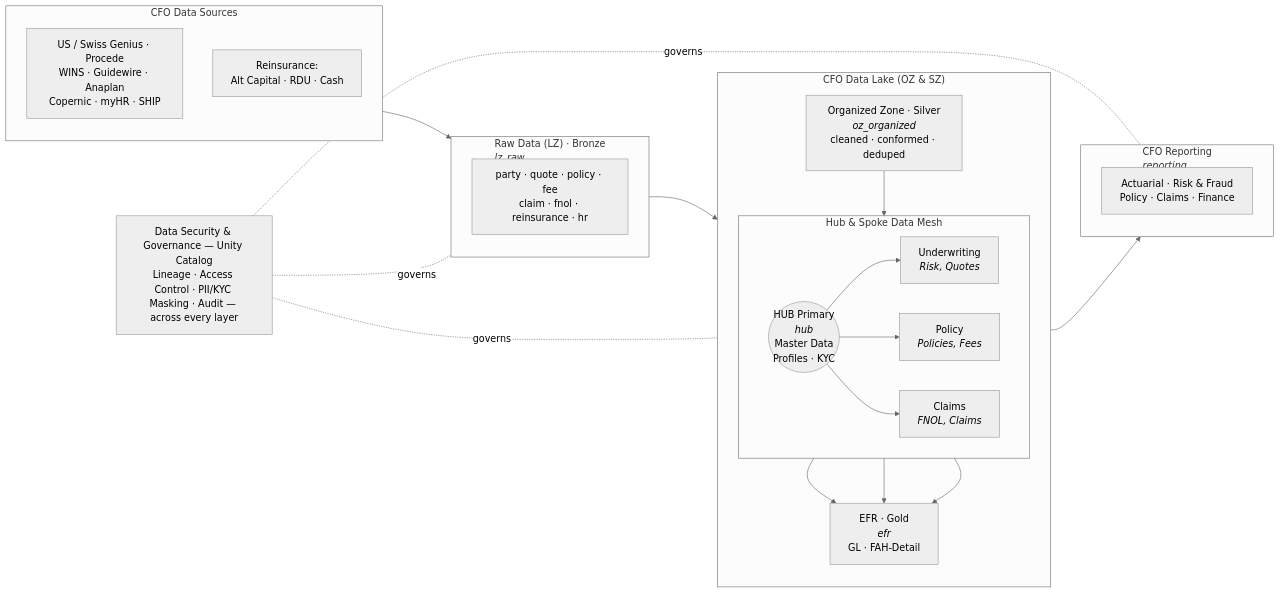
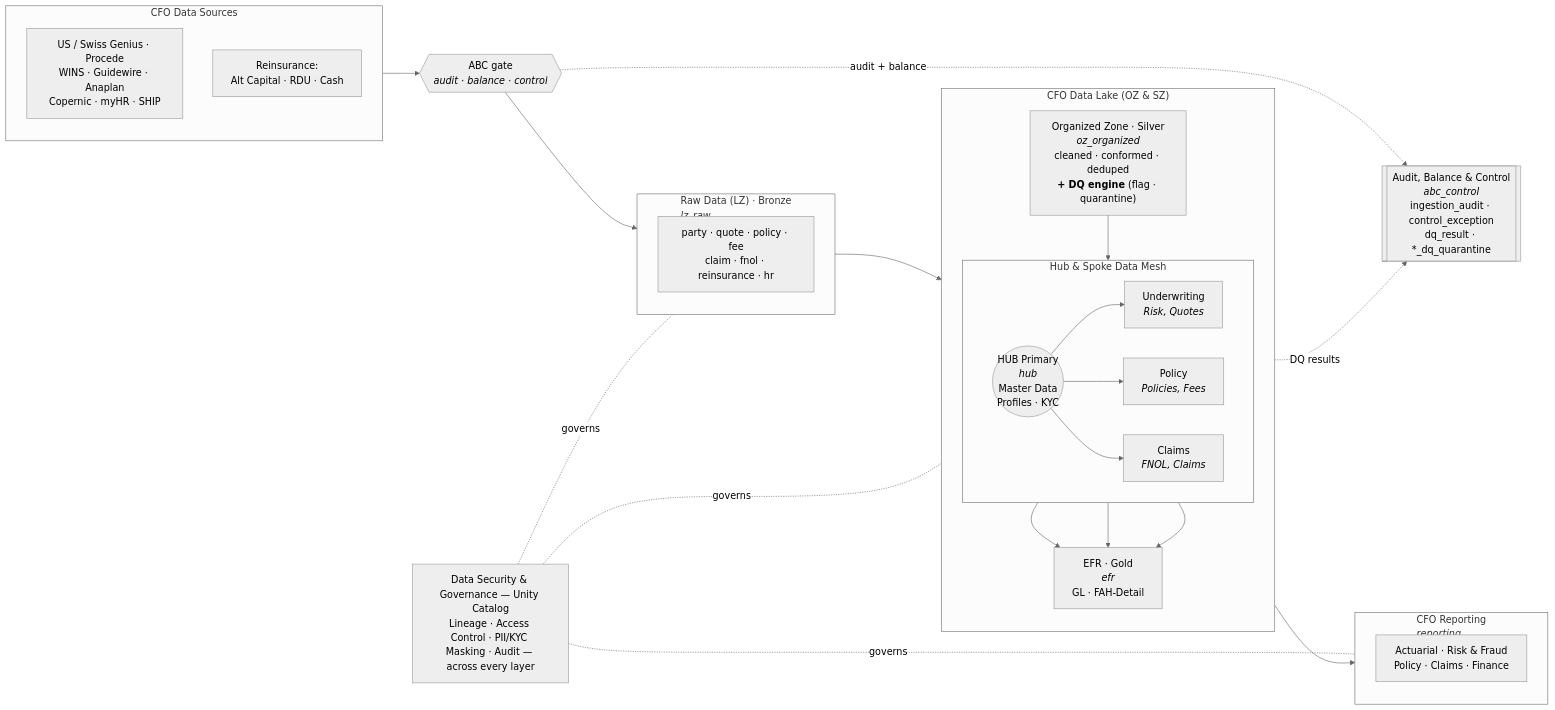
The diagram in README.md (saswata30/cfo_data_hub), drawn with Mermaid (neutral theme) before and after one commit. The commit also changed other lines of this file and 9 other files, not shown here.

First line of the commit message:
Add ABC framework (Source→Raw) and Silver Data Quality engine

````diff
--- a/README.md
+++ b/README.md
@@ -19,37 +23,43 @@
 ```mermaid
 flowchart LR
   subgraph SRC["CFO Data Sources"]
     direction TB
     S1["US / Swiss Genius · Procede<br/>WINS · Guidewire · Anaplan<br/>Copernic · myHR · SHIP"]
     S2["Reinsurance:<br/>Alt Capital · RDU · Cash"]
   end
 
+  ABCGATE{{"ABC gate<br/><i>audit · balance · control</i>"}}
+
   subgraph LZ["Raw Data (LZ) · Bronze<br/><i>lz_raw</i>"]
     B["party · quote · policy · fee<br/>claim · fnol · reinsurance · hr"]
   end
 
   subgraph LAKE["CFO Data Lake (OZ & SZ)"]
     direction TB
-    OZ["Organized Zone · Silver<br/><i>oz_organized</i><br/>cleaned · conformed · deduped"]
+    OZ["Organized Zone · Silver<br/><i>oz_organized</i><br/>cleaned · conformed · deduped<br/><b>+ DQ engine</b> (flag · quarantine)"]
     subgraph MESH["Hub & Spoke Data Mesh"]
       direction LR
       HUB(("HUB Primary<br/><i>hub</i><br/>Master Data<br/>Profiles · KYC"))
       UW["Underwriting<br/><i>Risk, Quotes</i>"]
       POL["Policy<br/><i>Policies, Fees</i>"]
       CLM["Claims<br/><i>FNOL, Claims</i>"]
     end
     EFR["EFR · Gold<br/><i>efr</i><br/>GL · FAH-Detail"]
   end
 
   subgraph RPT["CFO Reporting<br/><i>reporting</i>"]
     direction TB
     R["Actuarial · Risk & Fraud<br/>Policy · Claims · Finance"]
   end
 
+  ABC[["Audit, Balance & Control<br/><i>abc_control</i><br/>ingestion_audit · control_exception<br/>dq_result · *_dq_quarantine"]]
+
   GOV["Data Security & Governance — Unity Catalog<br/>Lineage · Access Control · PII/KYC Masking · Audit — across every layer"]
 
-  SRC --> LZ --> OZ --> HUB
+  SRC --> ABCGATE --> LZ --> OZ --> HUB
   HUB --> UW & POL & CLM
   UW & POL & CLM --> EFR --> RPT
+  ABCGATE -.audit + balance.-> ABC
+  OZ -.DQ results.-> ABC
   GOV -.governs.- LZ & LAKE & RPT
 ```
````
